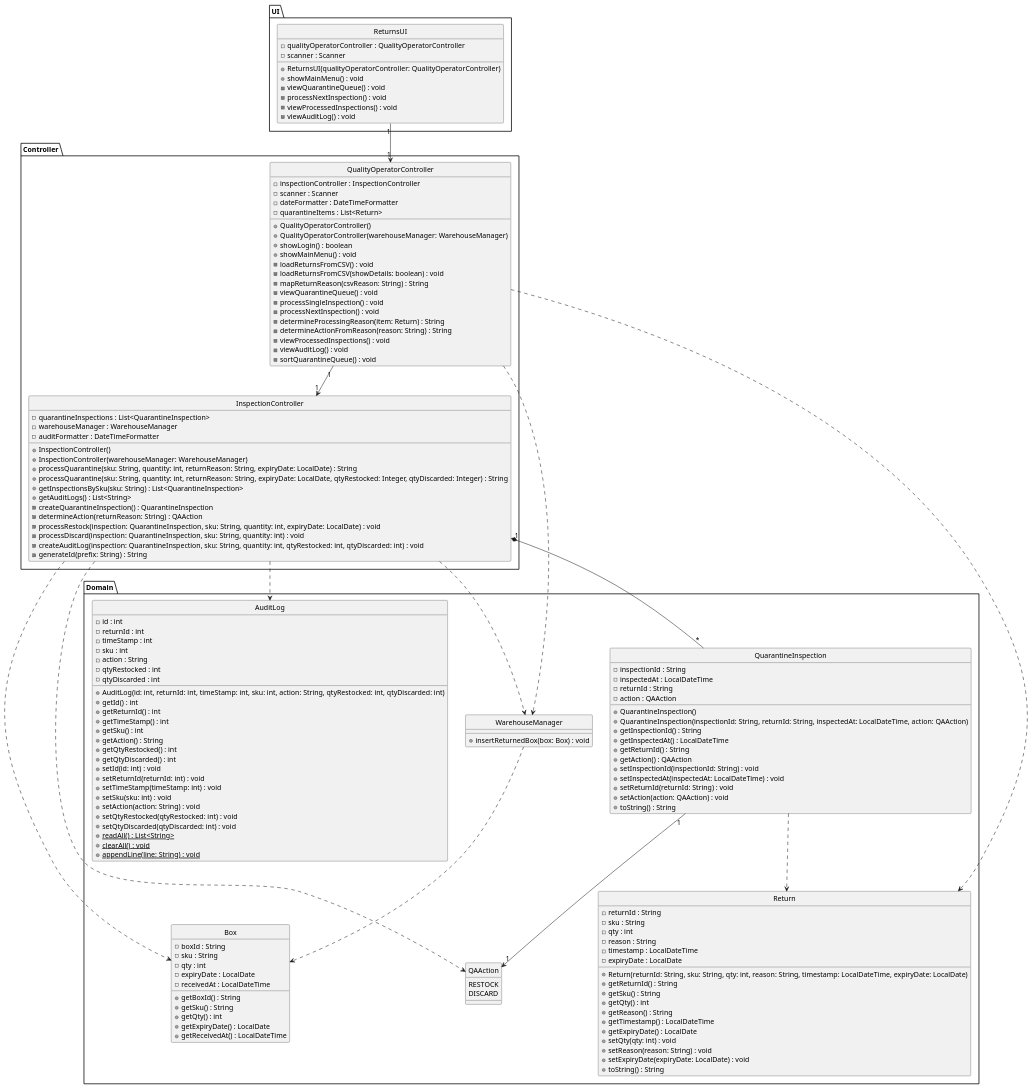
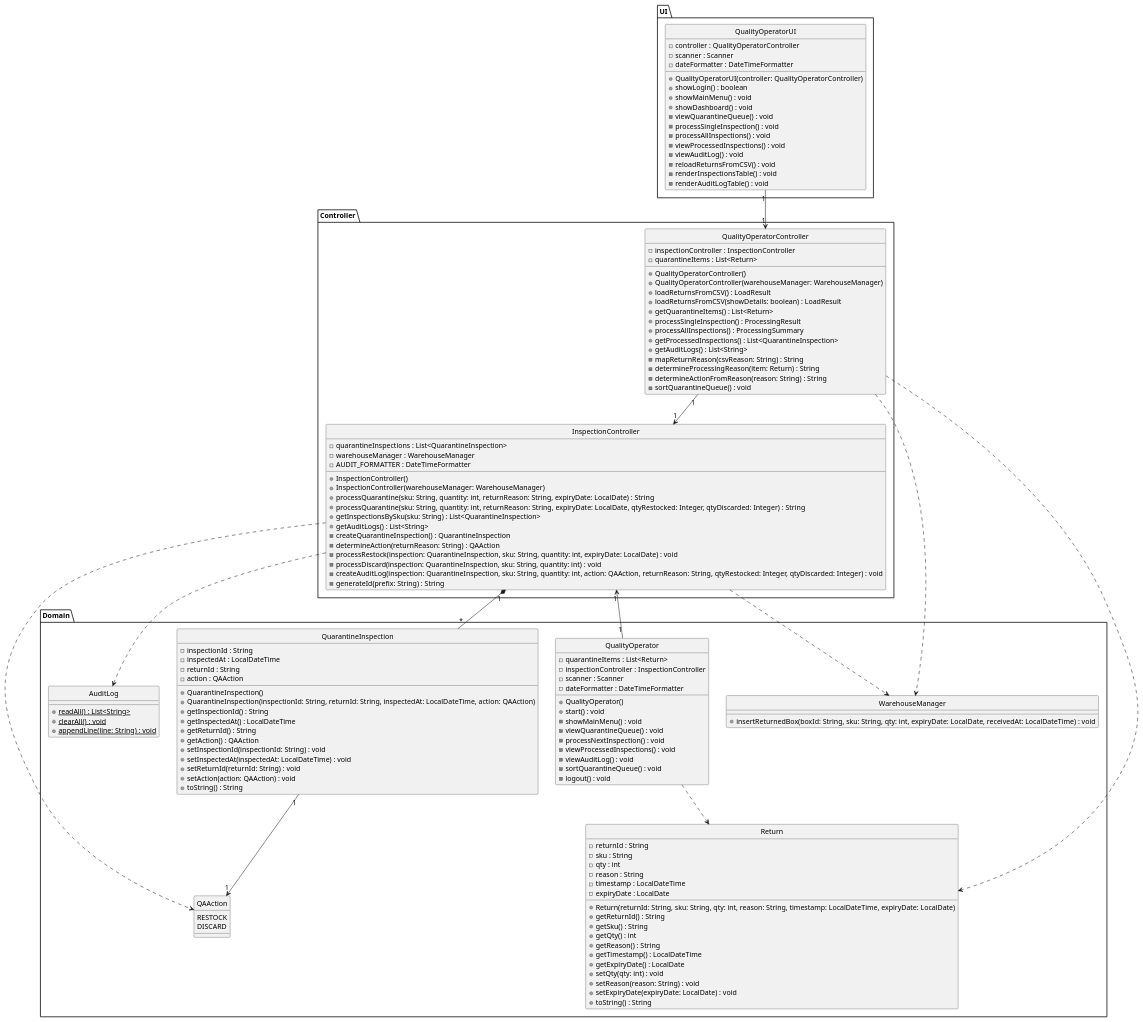
Before and after one commit to Andremonteiro1240850/RailwayNetwork: the diagram in doc/USEI05/ClassDiagram.puml, drawn with PlantUML. The commit also changed other lines of this file and 5 other files, not shown here.

```diff
--- a/doc/USEI05/ClassDiagram.puml
+++ b/doc/USEI05/ClassDiagram.puml
@@ -1,163 +1,147 @@
 @startuml USEI05_ClassDiagram
 skinparam monochrome true
 skinparam style strictuml
 
 package "UI" {
-    class ReturnsUI {
-        - qualityOperatorController : QualityOperatorController
+    class QualityOperatorUI {
+        - controller : QualityOperatorController
         - scanner : Scanner
-        + ReturnsUI(qualityOperatorController: QualityOperatorController)
+        - dateFormatter : DateTimeFormatter
+        + QualityOperatorUI(controller: QualityOperatorController)
+        + showLogin() : boolean
         + showMainMenu() : void
+        + showDashboard() : void
         - viewQuarantineQueue() : void
-        - processNextInspection() : void
+        - processSingleInspection() : void
+        - processAllInspections() : void
         - viewProcessedInspections() : void
         - viewAuditLog() : void
+        - reloadReturnsFromCSV() : void
+        - renderInspectionsTable() : void
+        - renderAuditLogTable() : void
     }
 }
 
 package "Controller" {
     class QualityOperatorController {
         - inspectionController : InspectionController
-        - scanner : Scanner
-        - dateFormatter : DateTimeFormatter
         - quarantineItems : List<Return>
         + QualityOperatorController()
         + QualityOperatorController(warehouseManager: WarehouseManager)
-        + showLogin() : boolean
-        + showMainMenu() : void
-        - loadReturnsFromCSV() : void
-        - loadReturnsFromCSV(showDetails: boolean) : void
+        + loadReturnsFromCSV() : LoadResult
+        + loadReturnsFromCSV(showDetails: boolean) : LoadResult
+        + getQuarantineItems() : List<Return>
+        + processSingleInspection() : ProcessingResult
+        + processAllInspections() : ProcessingSummary
+        + getProcessedInspections() : List<QuarantineInspection>
+        + getAuditLogs() : List<String>
         - mapReturnReason(csvReason: String) : String
-        - viewQuarantineQueue() : void
-        - processSingleInspection() : void
-        - processNextInspection() : void
         - determineProcessingReason(item: Return) : String
         - determineActionFromReason(reason: String) : String
-        - viewProcessedInspections() : void
-        - viewAuditLog() : void
         - sortQuarantineQueue() : void
     }
     
     class InspectionController {
         - quarantineInspections : List<QuarantineInspection>
         - warehouseManager : WarehouseManager
-        - auditFormatter : DateTimeFormatter
+        - AUDIT_FORMATTER : DateTimeFormatter
         + InspectionController()
         + InspectionController(warehouseManager: WarehouseManager)
         + processQuarantine(sku: String, quantity: int, returnReason: String, expiryDate: LocalDate) : String
         + processQuarantine(sku: String, quantity: int, returnReason: String, expiryDate: LocalDate, qtyRestocked: Integer, qtyDiscarded: Integer) : String
         + getInspectionsBySku(sku: String) : List<QuarantineInspection>
         + getAuditLogs() : List<String>
         - createQuarantineInspection() : QuarantineInspection
         - determineAction(returnReason: String) : QAAction
         - processRestock(inspection: QuarantineInspection, sku: String, quantity: int, expiryDate: LocalDate) : void
         - processDiscard(inspection: QuarantineInspection, sku: String, quantity: int) : void
-        - createAuditLog(inspection: QuarantineInspection, sku: String, quantity: int, qtyRestocked: int, qtyDiscarded: int) : void
+        - createAuditLog(inspection: QuarantineInspection, sku: String, quantity: int, action: QAAction, returnReason: String, qtyRestocked: Integer, qtyDiscarded: Integer) : void
         - generateId(prefix: String) : String
     }
 }
 
 package "Domain" {
+    class QualityOperator {
+        - quarantineItems : List<Return>
+        - inspectionController : InspectionController
+        - scanner : Scanner
+        - dateFormatter : DateTimeFormatter
+        + QualityOperator()
+        + start() : void
+        - showMainMenu() : void
+        - viewQuarantineQueue() : void
+        - processNextInspection() : void
+        - viewProcessedInspections() : void
+        - viewAuditLog() : void
+        - sortQuarantineQueue() : void
+        - logout() : void
+    }
+    
+    class QuarantineInspection {
+        - inspectionId : String
+        - inspectedAt : LocalDateTime
+        - returnId : String
+        - action : QAAction
+        + QuarantineInspection()
+        + QuarantineInspection(inspectionId: String, returnId: String, inspectedAt: LocalDateTime, action: QAAction)
+        + getInspectionId() : String
+        + getInspectedAt() : LocalDateTime
+        + getReturnId() : String
+        + getAction() : QAAction
+        + setInspectionId(inspectionId: String) : void
+        + setInspectedAt(inspectedAt: LocalDateTime) : void
+        + setReturnId(returnId: String) : void
+        + setAction(action: QAAction) : void
+        + toString() : String
+    }
+    
     class Return {
         - returnId : String
         - sku : String
         - qty : int
         - reason : String
         - timestamp : LocalDateTime
         - expiryDate : LocalDate
         + Return(returnId: String, sku: String, qty: int, reason: String, timestamp: LocalDateTime, expiryDate: LocalDate)
         + getReturnId() : String
         + getSku() : String
         + getQty() : int
         + getReason() : String
         + getTimestamp() : LocalDateTime
         + getExpiryDate() : LocalDate
         + setQty(qty: int) : void
         + setReason(reason: String) : void
         + setExpiryDate(expiryDate: LocalDate) : void
         + toString() : String
     }
     
-    class QuarantineInspection {
-        - inspectionId : String
-        - inspectedAt : LocalDateTime
-        - returnId : String
-        - action : QAAction
-        + QuarantineInspection()
-        + QuarantineInspection(inspectionId: String, returnId: String, inspectedAt: LocalDateTime, action: QAAction)
-        + getInspectionId() : String
-        + getInspectedAt() : LocalDateTime
-        + getReturnId() : String
-        + getAction() : QAAction
-        + setInspectionId(inspectionId: String) : void
-        + setInspectedAt(inspectedAt: LocalDateTime) : void
-        + setReturnId(returnId: String) : void
-        + setAction(action: QAAction) : void
-        + toString() : String
-    }
-    
     class AuditLog {
-        - id : int
-        - returnId : int
-        - timeStamp : int
-        - sku : int
-        - action : String
-        - qtyRestocked : int
-        - qtyDiscarded : int
-        + AuditLog(id: int, returnId: int, timeStamp: int, sku: int, action: String, qtyRestocked: int, qtyDiscarded: int)
-        + getId() : int
-        + getReturnId() : int
-        + getTimeStamp() : int
-        + getSku() : int
-        + getAction() : String
-        + getQtyRestocked() : int
-        + getQtyDiscarded() : int
-        + setId(id: int) : void
-        + setReturnId(returnId: int) : void
-        + setTimeStamp(timeStamp: int) : void
-        + setSku(sku: int) : void
-        + setAction(action: String) : void
-        + setQtyRestocked(qtyRestocked: int) : void
-        + setQtyDiscarded(qtyDiscarded: int) : void
         + {static} readAll() : List<String>
         + {static} clearAll() : void
         + {static} appendLine(line: String) : void
     }
     
     class WarehouseManager {
-        + insertReturnedBox(box: Box) : void
-    }
-    
-    class Box {
-        - boxId : String
-        - sku : String
-        - qty : int
-        - expiryDate : LocalDate
-        - receivedAt : LocalDateTime
-        + getBoxId() : String
-        + getSku() : String
-        + getQty() : int
-        + getExpiryDate() : LocalDate
-        + getReceivedAt() : LocalDateTime
+        + insertReturnedBox(boxId: String, sku: String, qty: int, expiryDate: LocalDate, receivedAt: LocalDateTime) : void
     }
     
     enum QAAction {
         RESTOCK
         DISCARD
     }
 }
 
-ReturnsUI "1" --> "1" QualityOperatorController
+' Relationships
+QualityOperatorUI "1" --> "1" QualityOperatorController
 QualityOperatorController "1" --> "1" InspectionController
 QualityOperatorController ..> Return
 QualityOperatorController ..> WarehouseManager
 InspectionController "1" *-- "*" QuarantineInspection
 InspectionController ..> WarehouseManager
-InspectionController ..> Box
 InspectionController ..> QAAction
 InspectionController ..> AuditLog
 QuarantineInspection "1" --> "1" QAAction
-QuarantineInspection ..> Return
-WarehouseManager ..> Box
+QualityOperator "1" --> "1" InspectionController
+QualityOperator ..> Return
 
 @enduml
```
